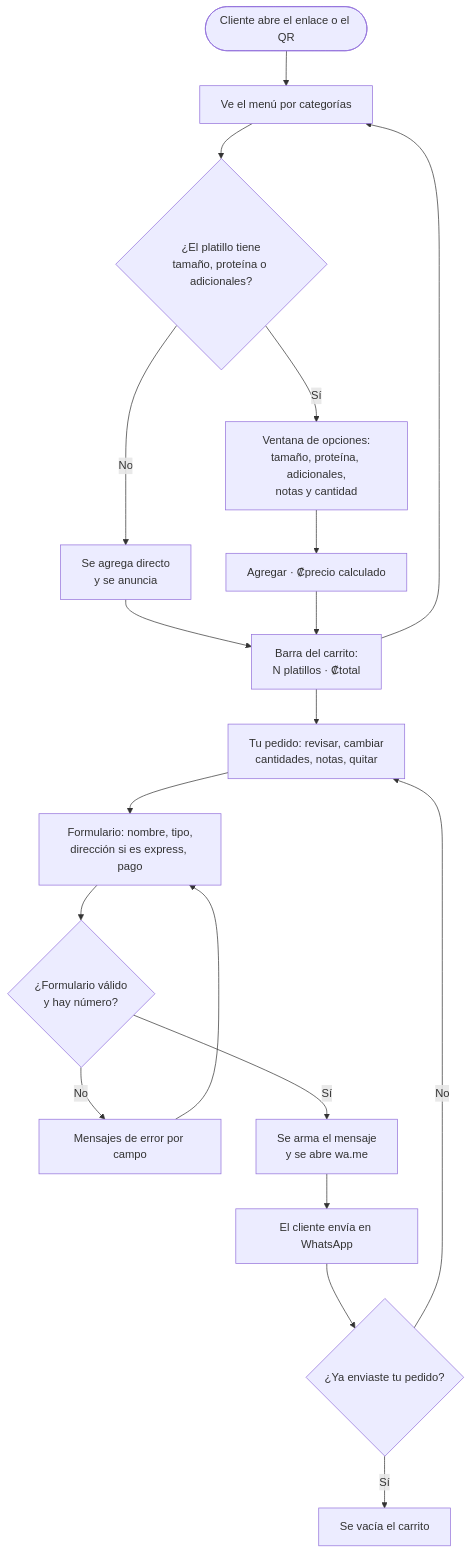
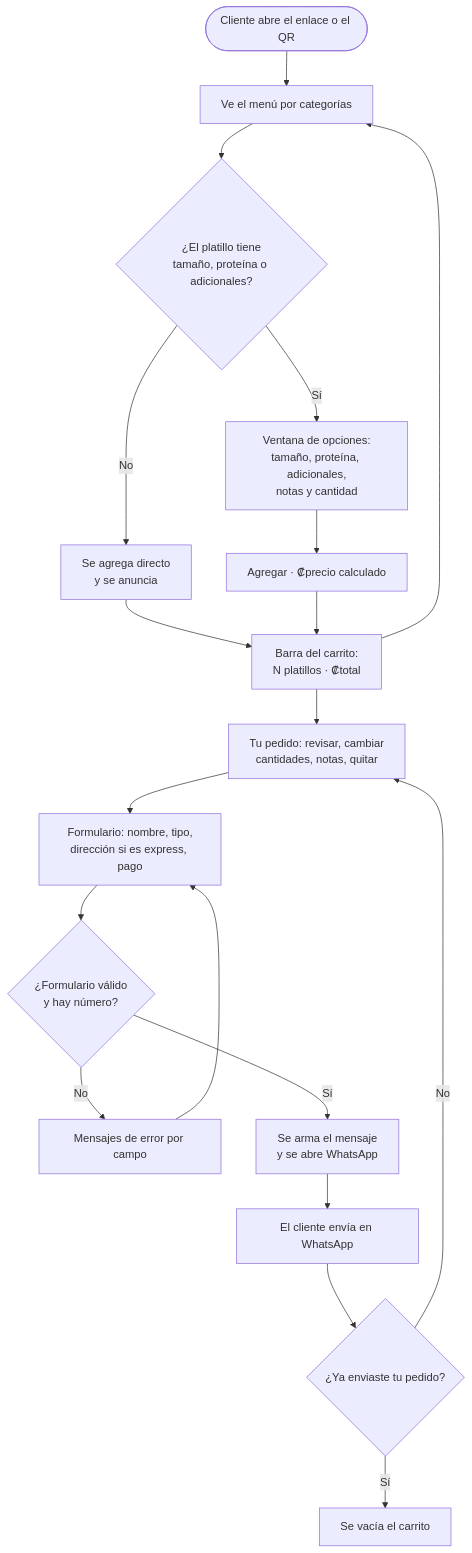
The first of 4 diagrams in docs/proyecto-final/03-diseno.md (AlvaradoJos/kairos-menu), drawn with Mermaid before and after one commit. The commit also changed other lines of this file and 14 other files, not shown here.

````diff
--- a/docs/proyecto-final/03-diseno.md
+++ b/docs/proyecto-final/03-diseno.md
@@ -50,21 +50,21 @@
 ```mermaid
 flowchart TD
     A([Cliente abre el enlace o el QR]) --> B[Ve el menú por categorías]
     B --> C{¿El platillo tiene<br/>tamaño, proteína o adicionales?}
     C -- No --> E[Se agrega directo<br/>y se anuncia]
     C -- Sí --> D[Ventana de opciones:<br/>tamaño, proteína, adicionales,<br/>notas y cantidad]
     D --> E2[Agregar · ₡precio calculado]
     E --> F[Barra del carrito:<br/>N platillos · ₡total]
     E2 --> F
     F --> B
     F --> G[Tu pedido: revisar, cambiar<br/>cantidades, notas, quitar]
     G --> H[Formulario: nombre, tipo,<br/>dirección si es express, pago]
     H --> I{¿Formulario válido<br/>y hay número?}
     I -- No --> J[Mensajes de error por campo]
     J --> H
-    I -- Sí --> K[Se arma el mensaje<br/>y se abre wa.me]
+    I -- Sí --> K[Se arma el mensaje<br/>y se abre WhatsApp]
     K --> L[El cliente envía en WhatsApp]
     L --> M{¿Ya enviaste tu pedido?}
     M -- Sí --> N[Se vacía el carrito]
     M -- No --> G
 ```
````
